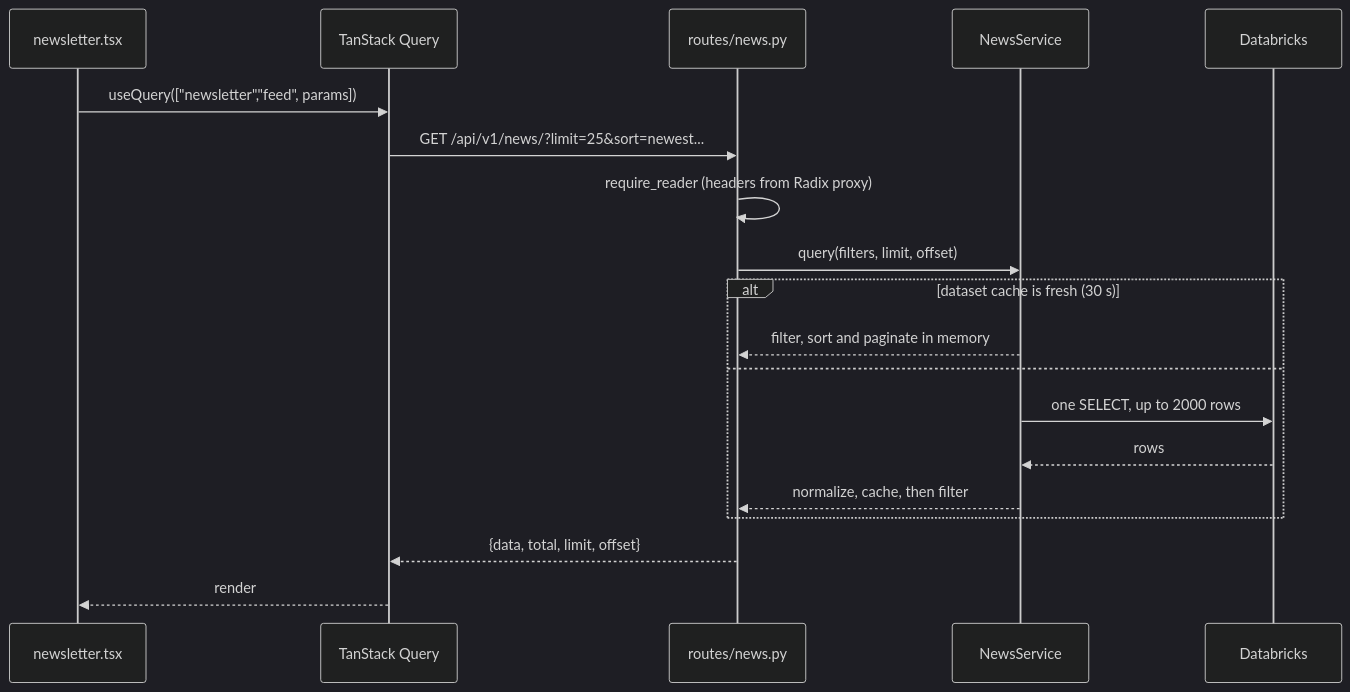
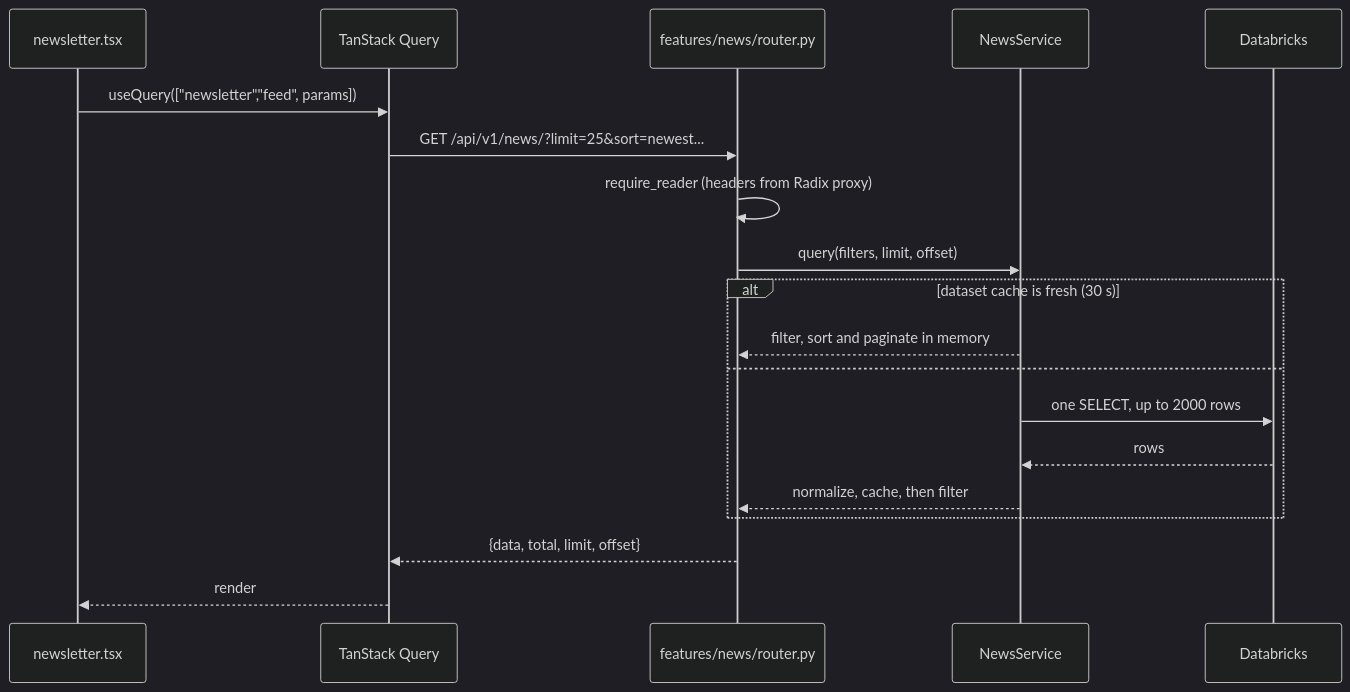
One commit to equinor/lng-trading-app changed the second of 4 diagrams in README.md. Above: the diagram before and after it, drawn with Mermaid (dark theme). The commit also changed other lines of this file and 74 other files, not shown here.

Commit message:
refactor architecture

````diff
--- a/README.md
+++ b/README.md
@@ -163,22 +169,22 @@
 ```mermaid
 sequenceDiagram
     participant Pg as newsletter.tsx
     participant Q as TanStack Query
-    participant R as routes/news.py
+    participant R as features/news/router.py
     participant S as NewsService
     participant D as Databricks
 
     Pg->>Q: useQuery(["newsletter","feed", params])
     Q->>R: GET /api/v1/news/?limit=25&sort=newest...
     R->>R: require_reader (headers from Radix proxy)
     R->>S: query(filters, limit, offset)
     alt dataset cache is fresh (30 s)
         S-->>R: filter, sort and paginate in memory
     else
         S->>D: one SELECT, up to 2000 rows
         D-->>S: rows
         S-->>R: normalize, cache, then filter
     end
     R-->>Q: {data, total, limit, offset}
     Q-->>Pg: render
 ```
````
